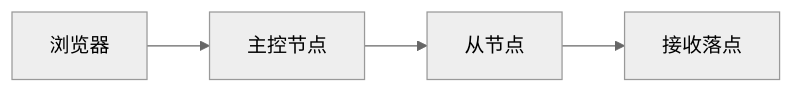
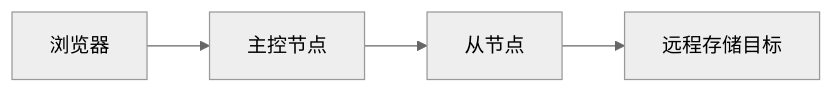
Before and after one commit to EleProCoress/AsterDrive: the second of 4 diagrams in docs/storage/remote-follower.md, drawn with Mermaid (neutral theme). The commit also changed other lines of this file and 61 other files, not shown here.

````diff
--- a/docs/storage/remote-follower.md
+++ b/docs/storage/remote-follower.md
@@ -165,4 +165,4 @@
 ```mermaid
 flowchart LR
-  Browser["浏览器"] --> Primary["主控节点"] --> Follower["从节点"] --> Ingress["接收落点"]
+  Browser["浏览器"] --> Primary["主控节点"] --> Follower["从节点"] --> Target["远程存储目标"]
 ```
````
